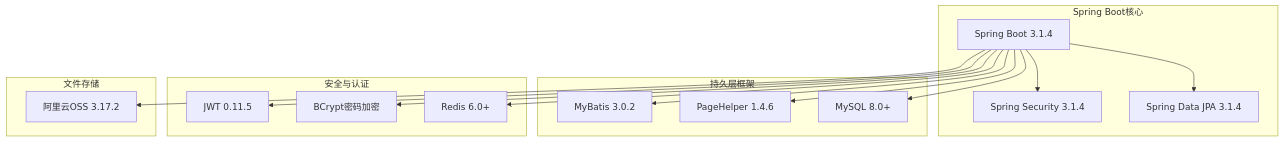
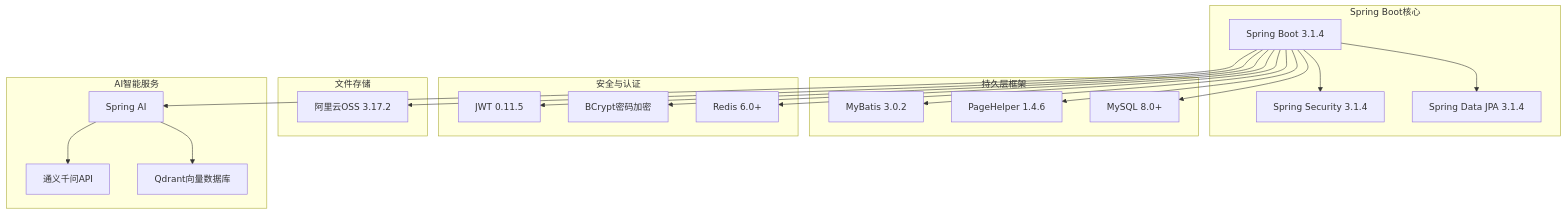
One commit to Redmoon-2333/HumanResourceOfficial changed the eighth of 14 diagrams in .qoder/repowiki/zh/content/项目概述.md. Above: the diagram before and after it, drawn with Mermaid. The commit also changed other lines of this file and 17 other files, not shown here.

````diff
--- a/.qoder/repowiki/zh/content/项目概述.md
+++ b/.qoder/repowiki/zh/content/项目概述.md
@@ -270,30 +427,38 @@
 ```mermaid
 graph TD
 subgraph "Spring Boot核心"
 SpringBoot[Spring Boot 3.1.4]
 SpringSecurity[Spring Security 3.1.4]
 SpringDataJPA[Spring Data JPA 3.1.4]
 end
 subgraph "持久层框架"
 MyBatis[MyBatis 3.0.2]
 PageHelper[PageHelper 1.4.6]
 MySQL[MySQL 8.0+]
 end
 subgraph "安全与认证"
 JWT[JWT 0.11.5]
 BCrypt[BCrypt密码加密]
 Redis[Redis 6.0+]
 end
 subgraph "文件存储"
 AliyunOSS[阿里云OSS 3.17.2]
 end
+subgraph "AI智能服务"
+SpringAI[Spring AI]
+Qwen[通义千问API]
+Qdrant[Qdrant向量数据库]
+end
 SpringBoot --> SpringSecurity
 SpringBoot --> SpringDataJPA
 SpringBoot --> MyBatis
 SpringBoot --> PageHelper
 SpringBoot --> MySQL
 SpringBoot --> JWT
 SpringBoot --> BCrypt
 SpringBoot --> Redis
 SpringBoot --> AliyunOSS
+SpringBoot --> SpringAI
+SpringAI --> Qwen
+SpringAI --> Qdrant
 ```
````
